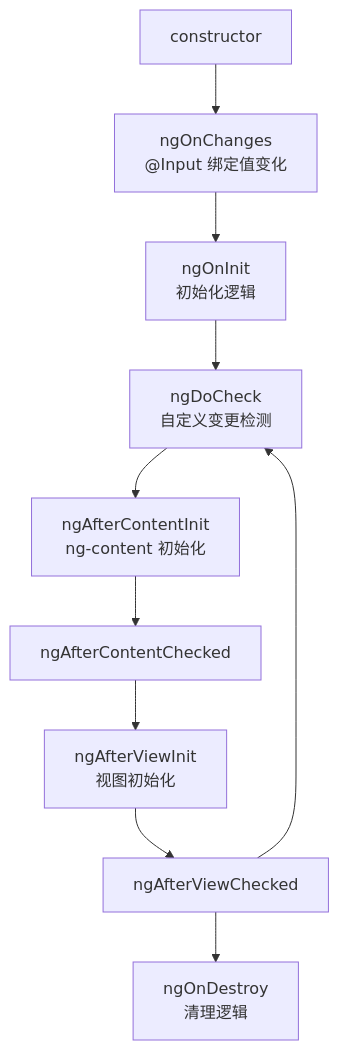
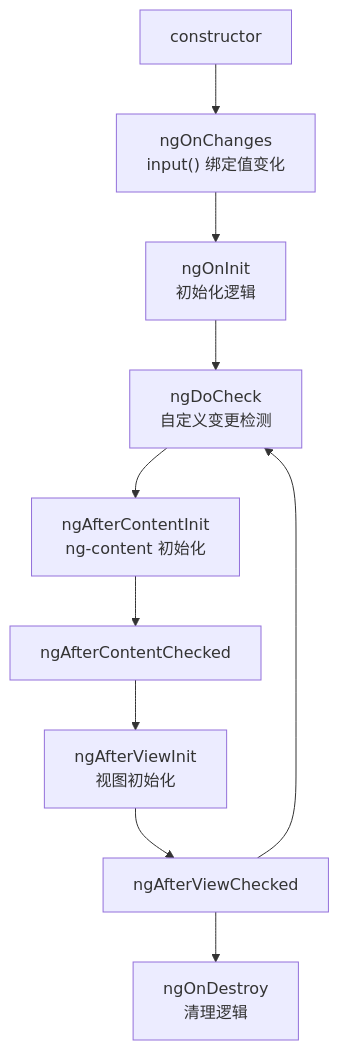
Before and after one commit to KMaybe01/common: the sixth of 17 diagrams in S2-框架深入/05-Angular20学习指南.md, drawn with Mermaid. The commit also changed other lines of this file, not shown here.

````diff
--- a/S2-框架深入/05-Angular20学习指南.md
+++ b/S2-框架深入/05-Angular20学习指南.md
@@ -351,12 +352,12 @@
 ```mermaid
 graph TD
-    ctor["constructor"] --> ngOnChanges["ngOnChanges<br/>@Input 绑定值变化"]
+    ctor["constructor"] --> ngOnChanges["ngOnChanges<br/>input() 绑定值变化"]
     ngOnChanges --> ngOnInit["ngOnInit<br/>初始化逻辑"]
     ngOnInit --> ngDoCheck["ngDoCheck<br/>自定义变更检测"]
     ngDoCheck --> ngAfterContentInit["ngAfterContentInit<br/>ng-content 初始化"]
     ngAfterContentInit --> ngAfterContentChecked["ngAfterContentChecked"]
     ngAfterContentChecked --> ngAfterViewInit["ngAfterViewInit<br/>视图初始化"]
     ngAfterViewInit --> ngAfterViewChecked["ngAfterViewChecked"]
     ngAfterViewChecked --> ngDoCheck
     ngAfterViewChecked --> ngOnDestroy["ngOnDestroy<br/>清理逻辑"]
 ```
````
